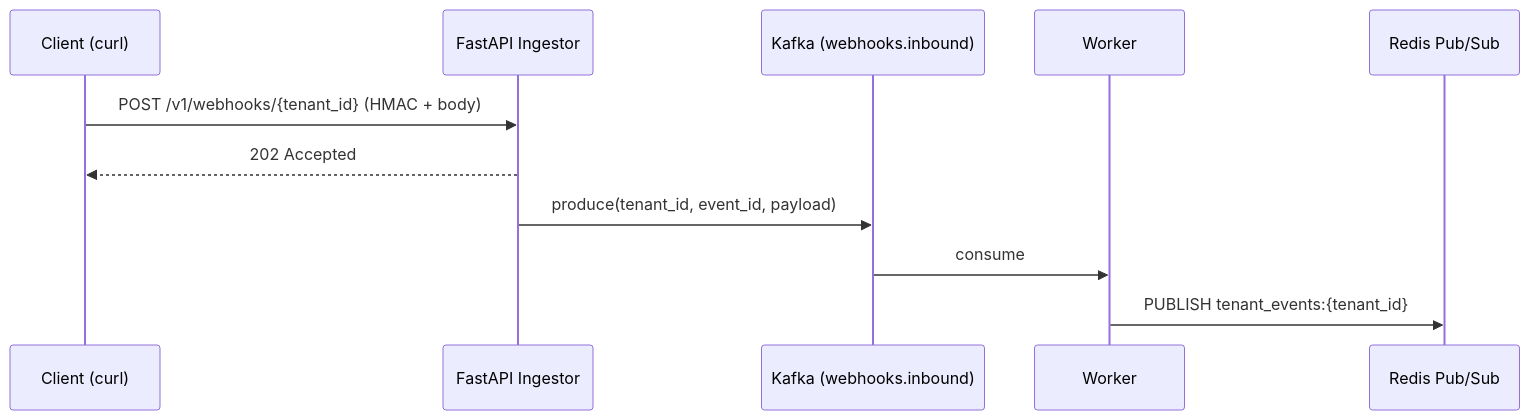
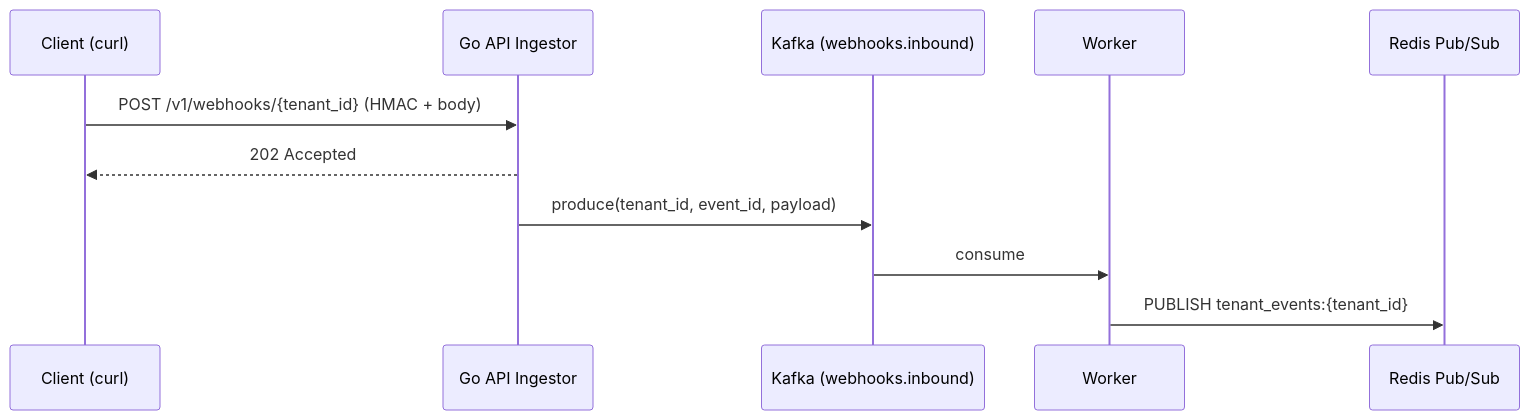
The diagram in docs/docs/getting-started/first-event.md (gbiumdonadon/easyhooks), drawn with Mermaid before and after one commit. The commit also changed 42 other files, not shown here.

First line of the commit message:
feat: rewrite API and worker from Python/FastAPI to Go (Chi)

````diff
--- a/docs/docs/getting-started/first-event.md
+++ b/docs/docs/getting-started/first-event.md
@@ -12,13 +12,13 @@
 ```mermaid
 sequenceDiagram
     participant C as Client (curl)
-    participant API as FastAPI Ingestor
+    participant API as Go API Ingestor
     participant K as Kafka (webhooks.inbound)
     participant W as Worker
     participant R as Redis Pub/Sub
     C->>API: POST /v1/webhooks/{tenant_id} (HMAC + body)
     API-->>C: 202 Accepted
     API->>K: produce(tenant_id, event_id, payload)
     K->>W: consume
     W->>R: PUBLISH tenant_events:{tenant_id}
 ```
````
